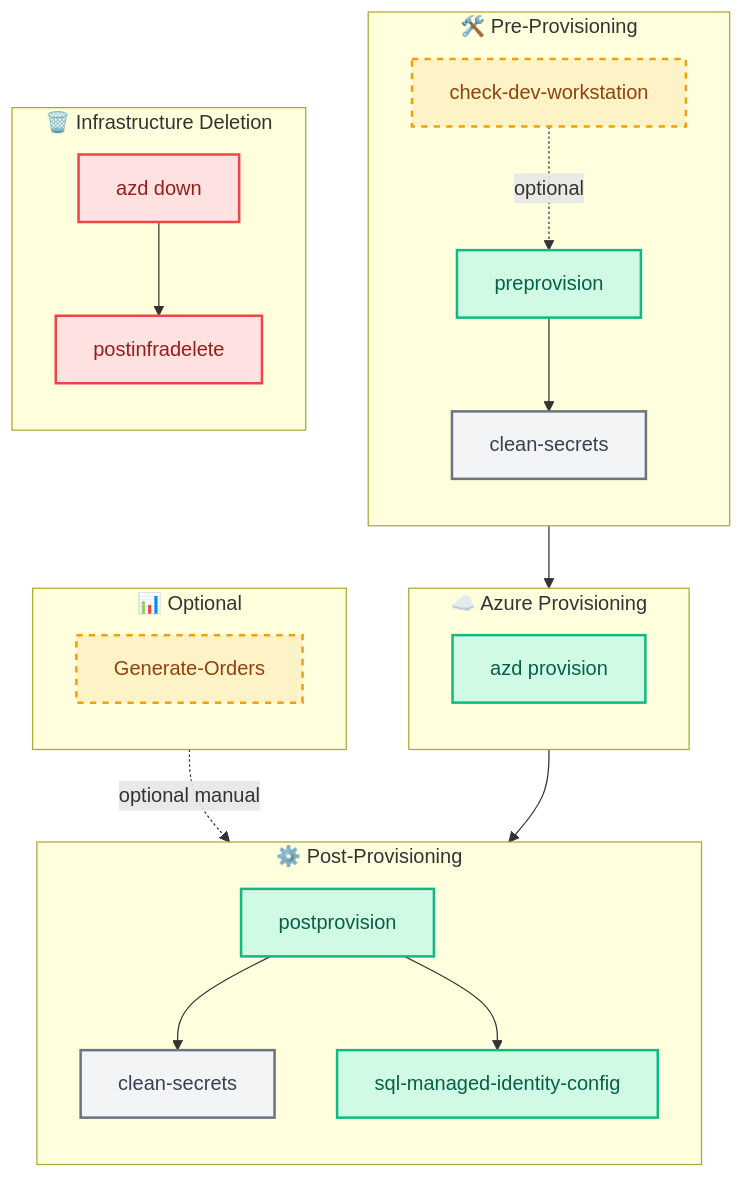
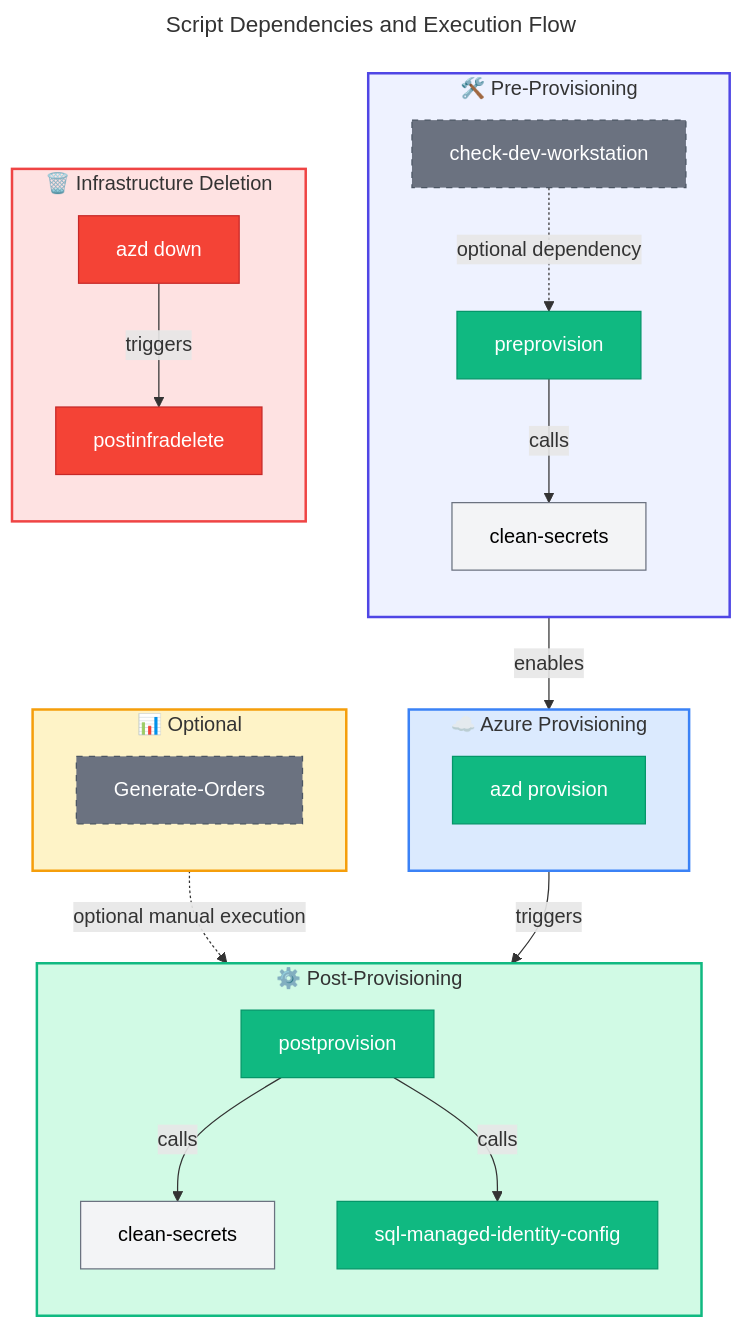
The first of 7 diagrams in docs/hooks/VALIDATION-WORKFLOW.md (Evilazaro/Azure-LogicApps-Monitoring), drawn with Mermaid before and after one commit. The commit also changed other lines of this file, not shown here.

Commit message:
docs: Enhance mermaid diagrams in VALIDATION-WORKFLOW.md with improved titles, connections, and styling for better clarity and organization

````diff
--- a/docs/hooks/VALIDATION-WORKFLOW.md
+++ b/docs/hooks/VALIDATION-WORKFLOW.md
@@ -78,51 +78,71 @@
 ```mermaid
+---
+title: Script Dependencies and Execution Flow
+---
 flowchart TD
+    %% ===== CLASS DEFINITIONS =====
+    classDef primary fill:#4F46E5,stroke:#3730A3,color:#FFFFFF
+    classDef secondary fill:#10B981,stroke:#059669,color:#FFFFFF
+    classDef datastore fill:#F59E0B,stroke:#D97706,color:#000000
+    classDef external fill:#6B7280,stroke:#4B5563,color:#FFFFFF,stroke-dasharray: 5 5
+    classDef failed fill:#F44336,stroke:#C62828,color:#FFFFFF
+    classDef trigger fill:#818CF8,stroke:#4F46E5,color:#FFFFFF
+    classDef decision fill:#FFFBEB,stroke:#F59E0B,color:#000000
+    classDef input fill:#F3F4F6,stroke:#6B7280,color:#000000
+
+    %% ===== PRE-PROVISIONING SECTION =====
     subgraph PreProvGroup["🛠️ Pre-Provisioning"]
         direction TB
         CheckDev[check-dev-workstation]
         PreProv[preprovision]
         CleanSecrets1[clean-secrets]
-        CheckDev -.optional.-> PreProv
-        PreProv --> CleanSecrets1
+        CheckDev -."optional dependency".-> PreProv
+        PreProv -->|"calls"| CleanSecrets1
     end
+    style PreProvGroup fill:#EEF2FF,stroke:#4F46E5,stroke-width:2px
 
+    %% ===== AZURE PROVISIONING SECTION =====
     subgraph ProvGroup["☁️ Azure Provisioning"]
         direction TB
         AzdProv[azd provision]
     end
+    style ProvGroup fill:#DBEAFE,stroke:#3B82F6,stroke-width:2px
 
+    %% ===== POST-PROVISIONING SECTION =====
     subgraph PostProvGroup["⚙️ Post-Provisioning"]
         direction TB
         PostProv[postprovision]
         CleanSecrets2[clean-secrets]
         SqlConfig[sql-managed-identity-config]
-        PostProv --> CleanSecrets2
-        PostProv --> SqlConfig
+        PostProv -->|"calls"| CleanSecrets2
+        PostProv -->|"calls"| SqlConfig
     end
+    style PostProvGroup fill:#D1FAE5,stroke:#10B981,stroke-width:2px
 
+    %% ===== DELETION SECTION =====
     subgraph DeleteGroup["🗑️ Infrastructure Deletion"]
         direction TB
         AzdDown[azd down]
         PostInfraDelete[postinfradelete]
-        AzdDown --> PostInfraDelete
+        AzdDown -->|"triggers"| PostInfraDelete
     end
+    style DeleteGroup fill:#FEE2E2,stroke:#EF4444,stroke-width:2px
 
+    %% ===== OPTIONAL SECTION =====
     subgraph OptionalGroup["📊 Optional"]
         direction TB
         GenOrders[Generate-Orders]
     end
+    style OptionalGroup fill:#FEF3C7,stroke:#F59E0B,stroke-width:2px
 
-    CleanSecrets1 --> AzdProv
-    AzdProv --> PostProv
-    GenOrders -.optional manual.-> PostProv
+    %% ===== CONNECTIONS =====
+    CleanSecrets1 -->|"enables"| AzdProv
+    AzdProv -->|"triggers"| PostProv
+    GenOrders -."optional manual execution".-> PostProv
 
-    classDef optionalClass fill:#FEF3C7,stroke:#F59E0B,stroke-width:2px,stroke-dasharray: 5 5,color:#92400E
-    classDef automaticClass fill:#D1FAE5,stroke:#10B981,stroke-width:2px,color:#065F46
-    classDef utilityClass fill:#F3F4F6,stroke:#6B7280,stroke-width:2px,color:#374151
-    classDef deleteClass fill:#FEE2E2,stroke:#EF4444,stroke-width:2px,color:#991B1B
-
-    class CheckDev,GenOrders optionalClass
-    class PreProv,AzdProv,PostProv,SqlConfig automaticClass
-    class CleanSecrets1,CleanSecrets2 utilityClass
-    class AzdDown,PostInfraDelete deleteClass
+    %% ===== APPLY STYLES =====
+    class CheckDev,GenOrders external
+    class PreProv,AzdProv,PostProv,SqlConfig secondary
+    class CleanSecrets1,CleanSecrets2 input
+    class AzdDown,PostInfraDelete failed
 ```
````
